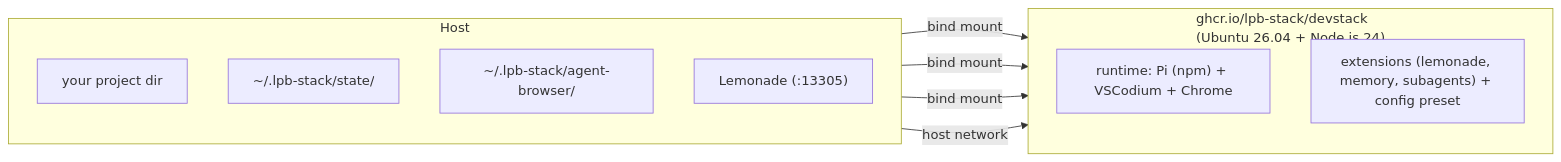
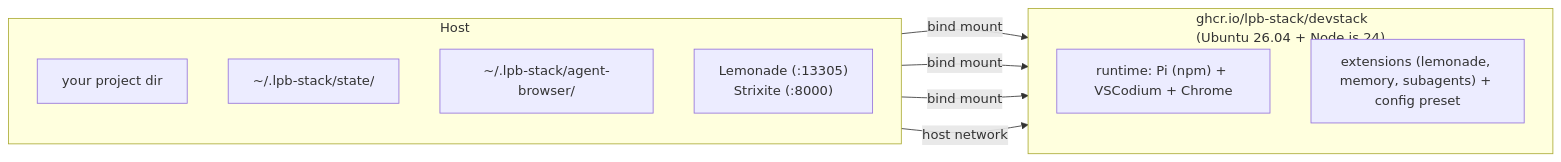
The first of 2 diagrams in README.md (lpb-stack/devstack), drawn with Mermaid before and after one commit. The commit also changed other lines of this file and 33 other files, not shown here.

````diff
--- a/README.md
+++ b/README.md
@@ -103,21 +105,21 @@
 ```mermaid
 flowchart LR
     subgraph Host["Host"]
         direction TB
         H1["your project dir"]
         H2["~/.lpb-stack/state/"]
         H3["~/.lpb-stack/agent-browser/"]
-        H4["Lemonade (:13305)"]
+        H4["Lemonade (:13305)<br/>Strixite (:8000)"]
     end
 
     subgraph Image["ghcr.io/lpb-stack/devstack<br/>(Ubuntu 26.04 + Node.js 24)"]
         direction TB
         RT["runtime: Pi (npm) + VSCodium + Chrome"]
         CF["extensions (lemonade, memory, subagents) + config preset"]
     end
 
     H1 -->|bind mount| RT
     H2 -->|bind mount| CF
     H3 -->|bind mount| RT
     H4 -->|host network| RT
 ```
````
